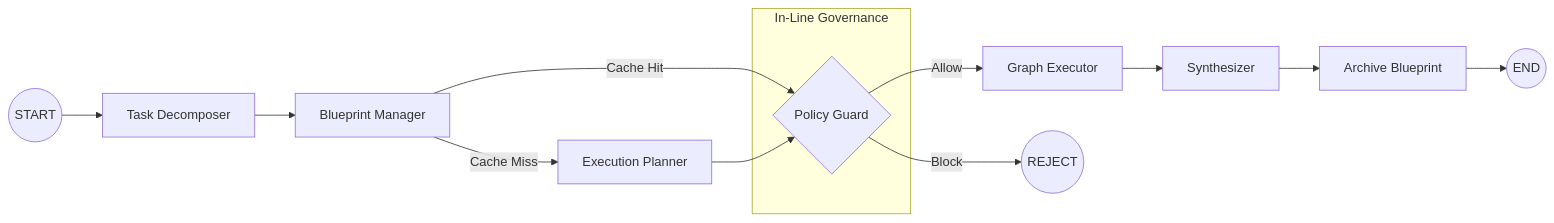
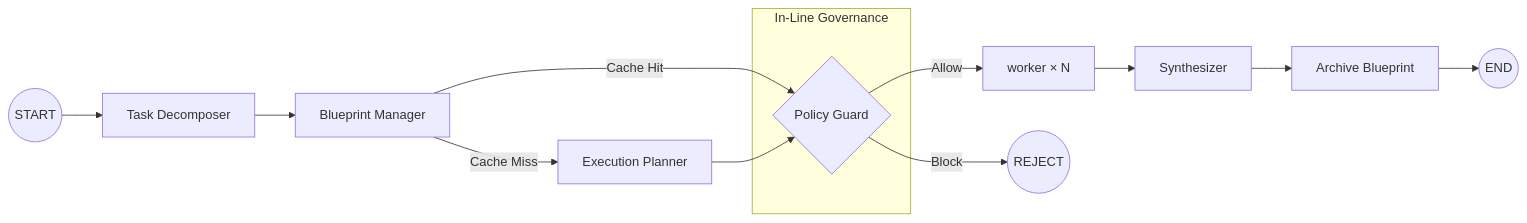
The third of 4 diagrams in docs/technical_specification_document.md (villalbaweb/agent-guard), drawn with Mermaid before and after one commit. The commit also changed other lines of this file and 10 other files, not shown here.

Commit message:
feat: implement core AgentGuard architecture with executor, memory, state management, and comprehensive documentation

````diff
--- a/docs/technical_specification_document.md
+++ b/docs/technical_specification_document.md
@@ -53,19 +53,19 @@
 ```mermaid
 flowchart LR
     START((START)) --> Decomp[Task Decomposer]
     Decomp --> BP[Blueprint Manager]
     BP -->|Cache Miss| Plan[Execution Planner]
     BP -->|Cache Hit| Guard{Policy Guard}
     Plan --> Guard
     
-    Guard -->|Allow| Exec[Graph Executor]
+    Guard -->|Allow| Exec[worker × N]
     Guard -->|Block| REJECT((REJECT))
     
     Exec --> Synth[Synthesizer]
     Synth --> ARCH[Archive Blueprint]
     ARCH --> END((END))
 
     subgraph "In-Line Governance"
     Guard
     end
 ```
````
